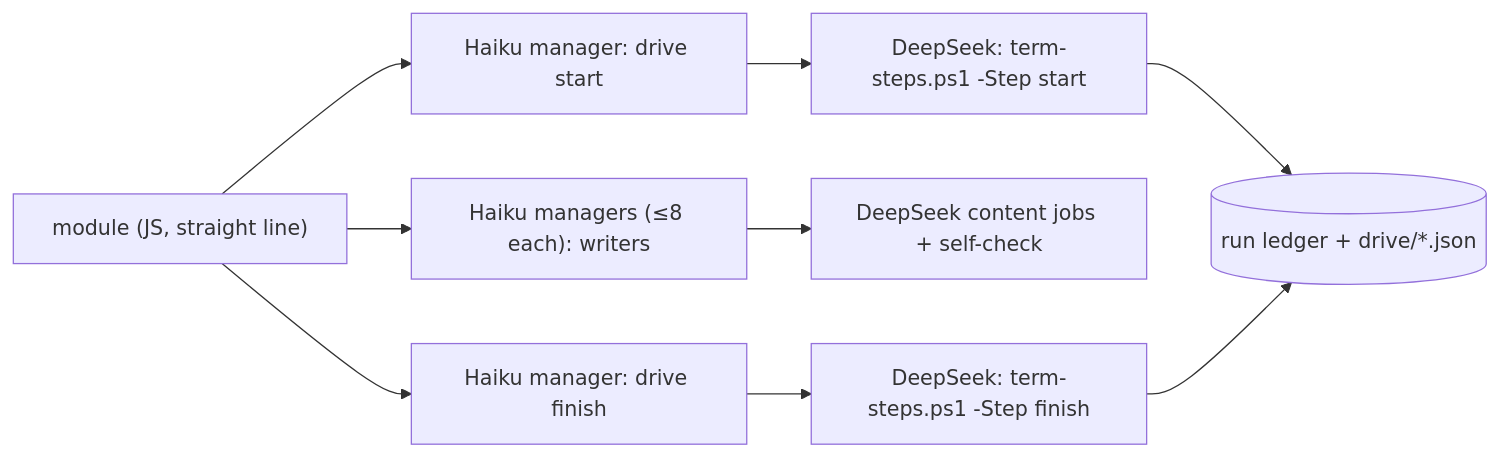
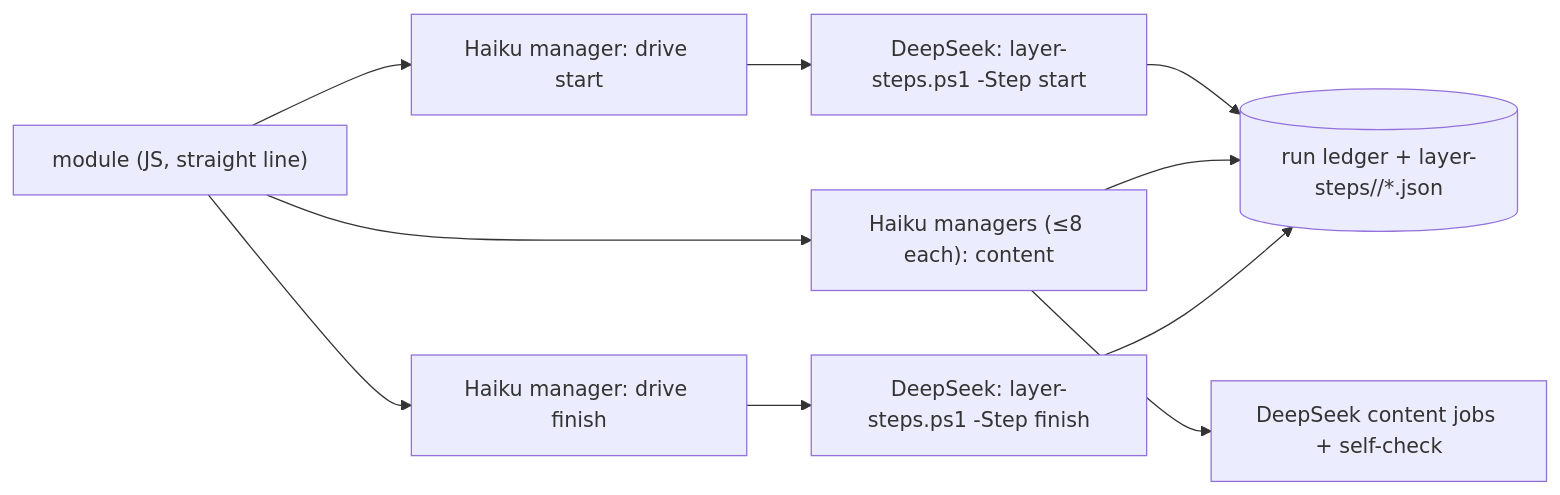
One commit to liudesheng9/zet changed the diagram in docs/wiki/workflow-module-structure.md. Above: the diagram before and after it, drawn with Mermaid. The commit also changed other lines of this file and 40 other files, not shown here.

First line of the commit message:
Run the digest layers' chains as script steps under Haiku managers (#175)

````diff
--- a/docs/wiki/workflow-module-structure.md
+++ b/docs/wiki/workflow-module-structure.md
@@ -39,11 +40,12 @@
 ```mermaid
 flowchart LR
     M["module (JS, straight line)"] --> H1["Haiku manager: drive start"]
-    H1 --> D1["DeepSeek: term-steps.ps1 -Step start"]
-    M --> H2["Haiku managers (≤8 each): writers"]
+    H1 --> D1["DeepSeek: layer-steps.ps1 -Step start"]
+    M --> H2["Haiku managers (≤8 each): content"]
     H2 --> W["DeepSeek content jobs + self-check"]
     M --> H3["Haiku manager: drive finish"]
-    H3 --> D2["DeepSeek: term-steps.ps1 -Step finish"]
-    D1 --> L[("run ledger + drive/*.json")]
+    H3 --> D2["DeepSeek: layer-steps.ps1 -Step finish"]
+    D1 --> L[("run ledger + layer-steps/<layer>/*.json")]
+    H2 --> L
     D2 --> L
 ```
````
